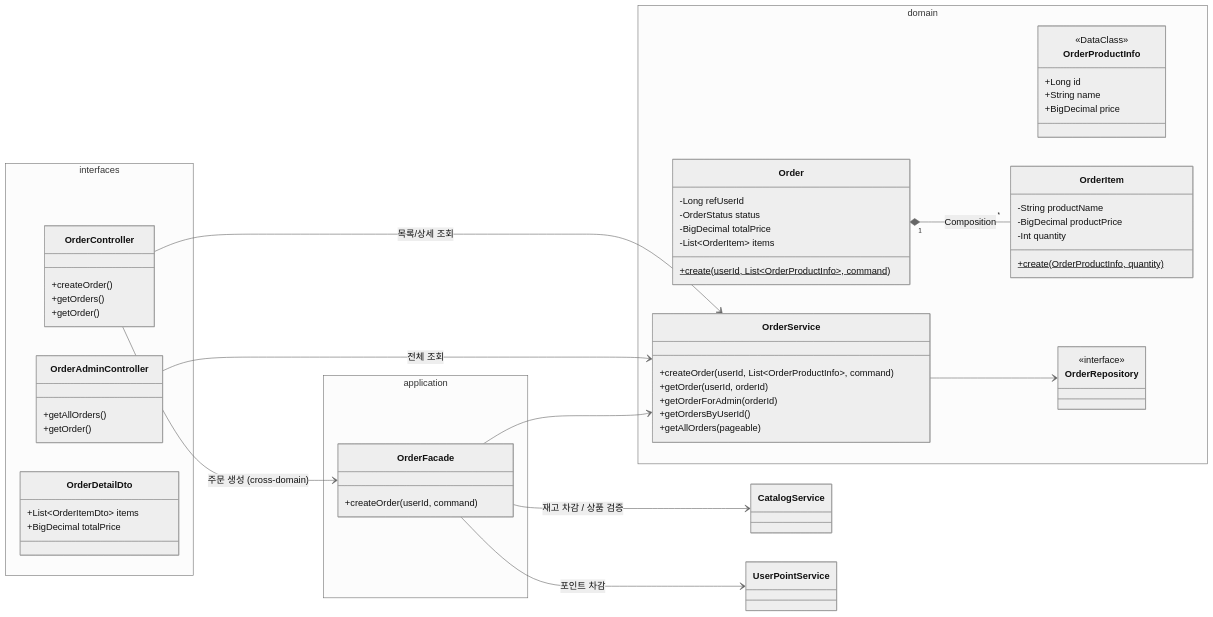
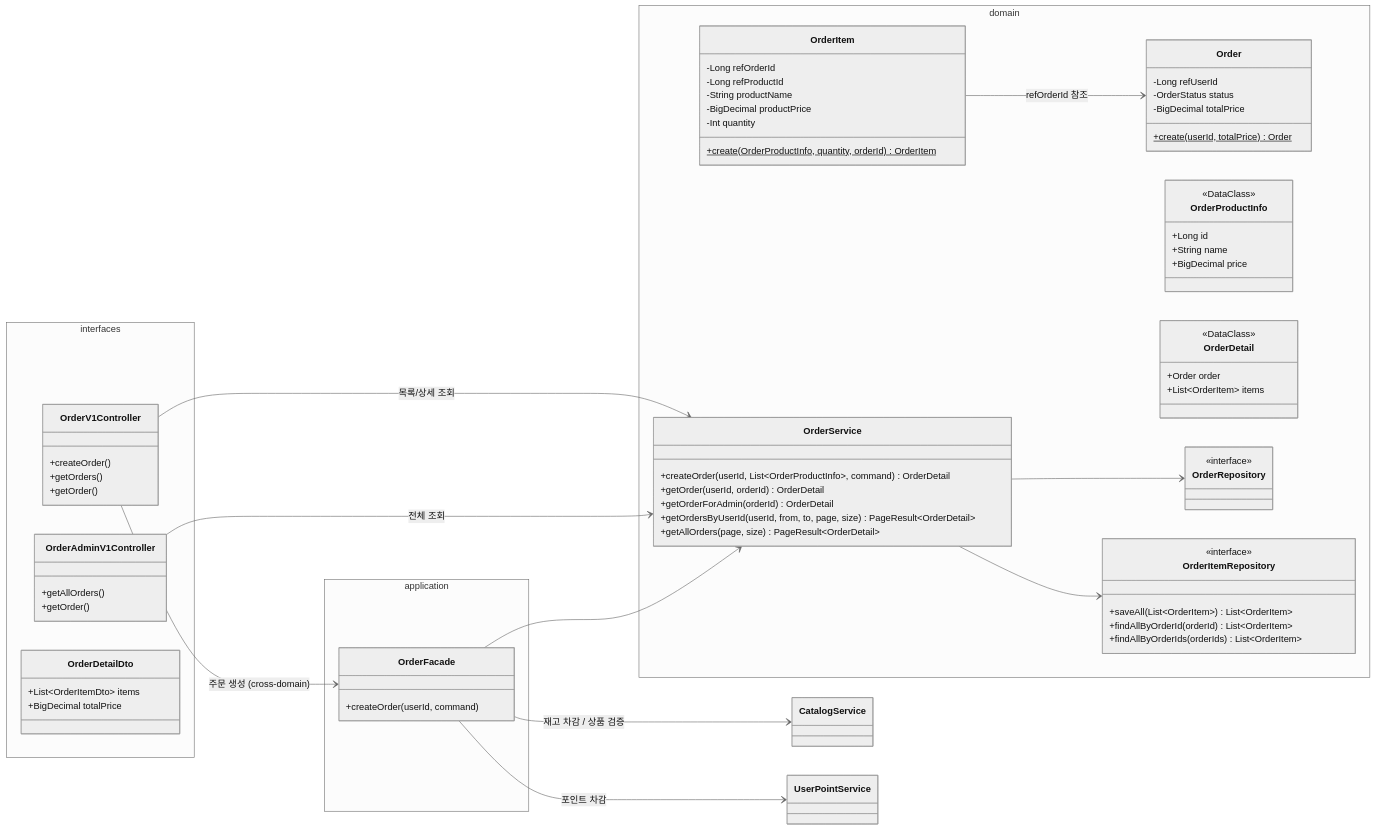
One commit to Loopers-dev-lab/loop-pack-be-l2-vol3-kotlin changed the fifth of 8 diagrams in docs/design/03-class-diagram.md. Above: the diagram before and after it, drawn with Mermaid (neutral theme). The commit also changed other lines of this file and 7 other files, not shown here.

````diff
--- a/docs/design/03-class-diagram.md
+++ b/docs/design/03-class-diagram.md
@@ -387,67 +383,80 @@
 ```mermaid
 classDiagram
     direction LR
 
     namespace interfaces {
-        class OrderController {
+        class OrderV1Controller {
             +createOrder()
             +getOrders()
             +getOrder()
         }
-        class OrderAdminController {
+        class OrderAdminV1Controller {
             +getAllOrders()
             +getOrder()
         }
         class OrderDetailDto {
             +List~OrderItemDto~ items
             +BigDecimal totalPrice
         }
     }
 
     namespace application {
         class OrderFacade {
             +createOrder(userId, command)
         }
     }
 
     namespace domain {
         class Order {
             -Long refUserId
             -OrderStatus status
             -BigDecimal totalPrice
-            -List~OrderItem~ items
-            +create(userId, List~OrderProductInfo~, command)$
+            +create(userId, totalPrice)$ Order
         }
         class OrderProductInfo {
             <<DataClass>>
             +Long id
             +String name
             +BigDecimal price
         }
         class OrderItem {
+            -Long refOrderId
+            -Long refProductId
             -String productName
             -BigDecimal productPrice
             -Int quantity
-            +create(OrderProductInfo, quantity)$
+            +create(OrderProductInfo, quantity, orderId)$ OrderItem
+        }
+        class OrderDetail {
+            <<DataClass>>
+            +Order order
+            +List~OrderItem~ items
         }
         class OrderService {
-            +createOrder(userId, List~OrderProductInfo~, command)
-            +getOrder(userId, orderId)
-            +getOrderForAdmin(orderId)
-            +getOrdersByUserId()
-            +getAllOrders(pageable)
+            +createOrder(userId, List~OrderProductInfo~, command) OrderDetail
+            +getOrder(userId, orderId) OrderDetail
+            +getOrderForAdmin(orderId) OrderDetail
+            +getOrdersByUserId(userId, from, to, page, size) PageResult~OrderDetail~
+            +getAllOrders(page, size) PageResult~OrderDetail~
         }
         class OrderRepository {
             <<interface>>
         }
+        class OrderItemRepository {
+            <<interface>>
+            +saveAll(List~OrderItem~) List~OrderItem~
+            +findAllByOrderId(orderId) List~OrderItem~
+            +findAllByOrderIds(orderIds) List~OrderItem~
+        }
     }
 
-    OrderController --> OrderFacade: 주문 생성 (cross-domain)
-    OrderController --> OrderService: 목록/상세 조회
-    OrderAdminController --> OrderService: 전체 조회
+    OrderV1Controller --> OrderFacade: 주문 생성 (cross-domain)
+    OrderV1Controller --> OrderService: 목록/상세 조회
+    OrderAdminV1Controller --> OrderService: 전체 조회
     OrderFacade --> OrderService
     OrderFacade --> CatalogService: 재고 차감 / 상품 검증
     OrderFacade --> UserPointService: 포인트 차감
     OrderService --> OrderRepository
-    Order "1" *-- "*" OrderItem: Composition
+    OrderService --> OrderItemRepository
+    OrderItem --> Order: refOrderId 참조
 ```
````
